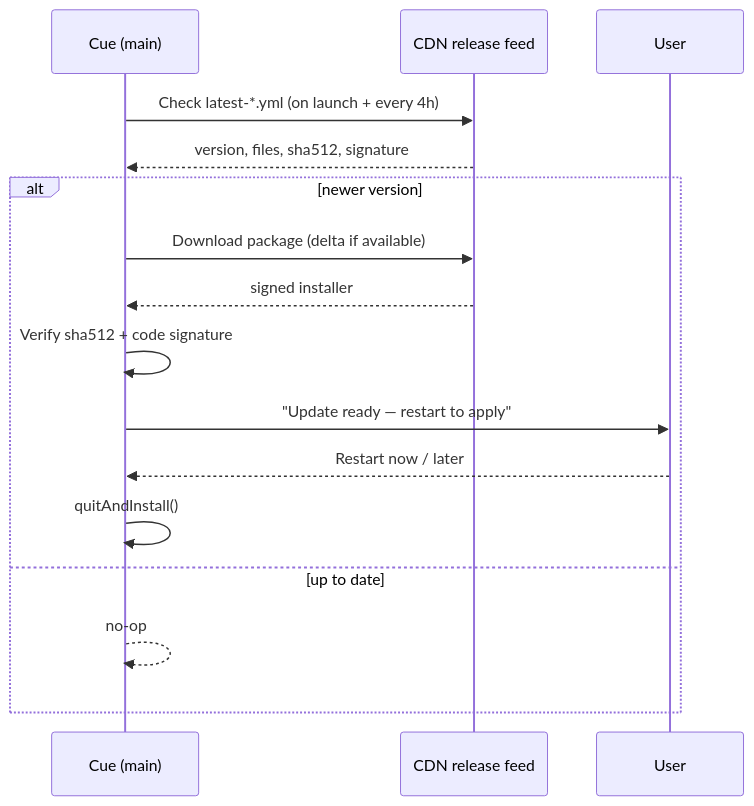
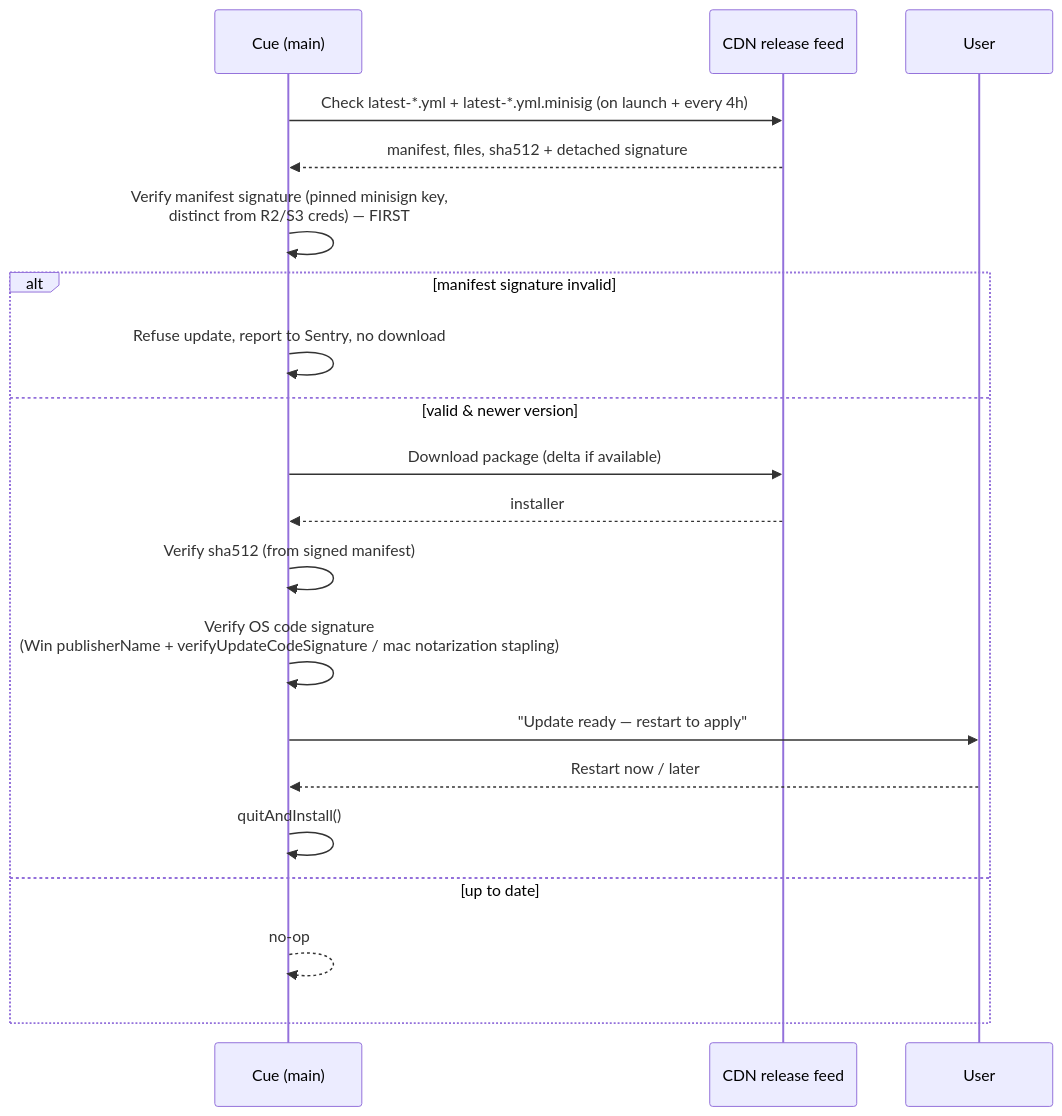
One commit to DarwinCamahalan/meeting-note-taker-ai changed the fifth of 6 diagrams in docs/10-desktop-app.md. Above: the diagram before and after it, drawn with Mermaid. The commit also changed other lines of this file and 10 other files, not shown here.

````diff
--- a/docs/10-desktop-app.md
+++ b/docs/10-desktop-app.md
@@ -497,19 +528,23 @@
 ```mermaid
 sequenceDiagram
     participant App as Cue (main)
     participant Feed as CDN release feed
     participant User
 
-    App->>Feed: Check latest-*.yml (on launch + every 4h)
-    Feed-->>App: version, files, sha512, signature
-    alt newer version
+    App->>Feed: Check latest-*.yml + latest-*.yml.minisig (on launch + every 4h)
+    Feed-->>App: manifest, files, sha512 + detached signature
+    App->>App: Verify manifest signature (pinned minisign key,<br/>distinct from R2/S3 creds) — FIRST
+    alt manifest signature invalid
+        App->>App: Refuse update, report to Sentry, no download
+    else valid & newer version
         App->>Feed: Download package (delta if available)
-        Feed-->>App: signed installer
-        App->>App: Verify sha512 + code signature
+        Feed-->>App: installer
+        App->>App: Verify sha512 (from signed manifest)
+        App->>App: Verify OS code signature<br/>(Win publisherName + verifyUpdateCodeSignature / mac notarization stapling)
         App->>User: "Update ready — restart to apply"
         User-->>App: Restart now / later
         App->>App: quitAndInstall()
     else up to date
         App-->>App: no-op
     end
 ```
````
